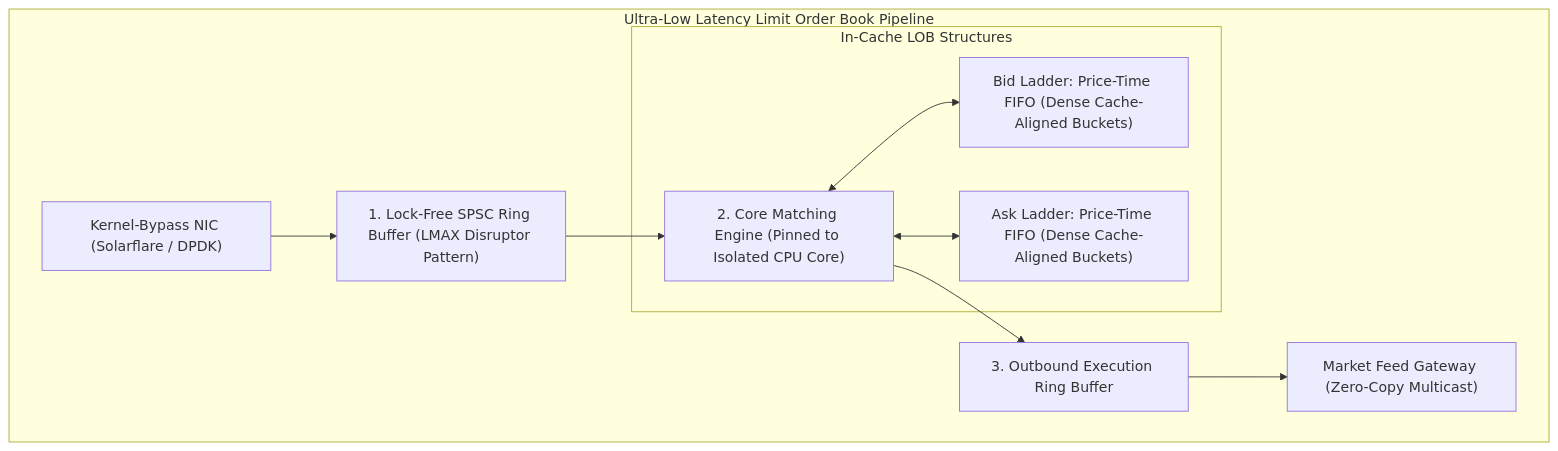
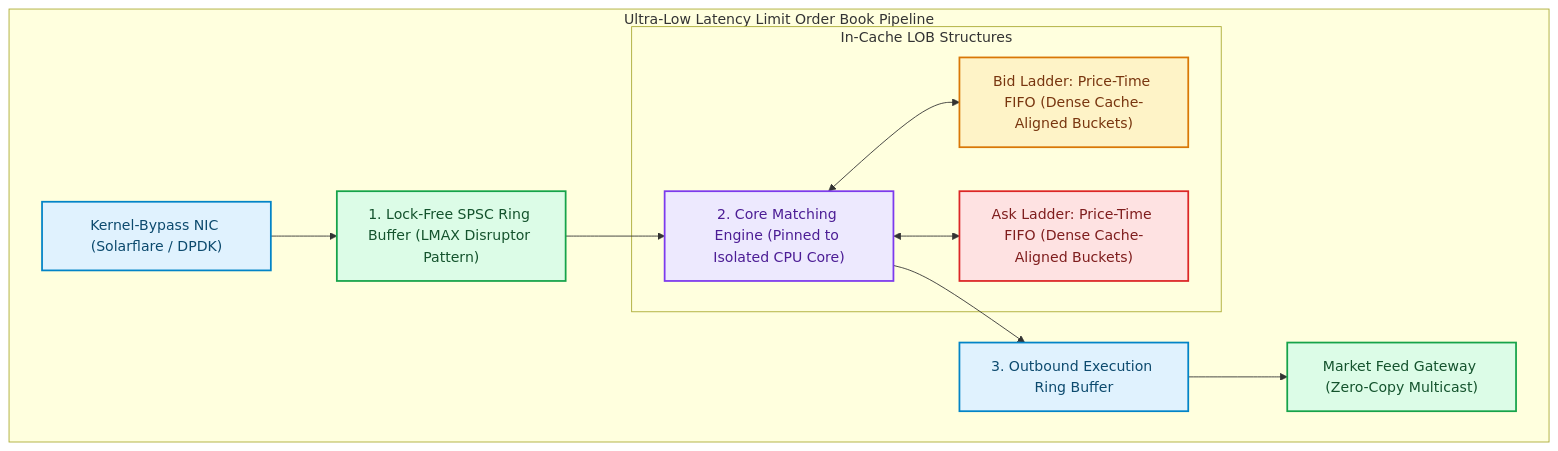
The first of 3 diagrams in blog/posts/ultra-low-latency-limit-order-books-lob-lock-free-ring-buffers-cpu-cache.md (akmalkhaniub/akmalkhaniub.github.io), drawn with Mermaid before and after one commit. The commit also changed other lines of this file and 1291 other files, not shown here.

First line of the commit message:
feat(catalog): unique covers, scholarly references, and diagram palettes

````diff
--- a/blog/posts/ultra-low-latency-limit-order-books-lob-lock-free-ring-buffers-cpu-cache.md
+++ b/blog/posts/ultra-low-latency-limit-order-books-lob-lock-free-ring-buffers-cpu-cache.md
@@ -14,15 +14,26 @@
 ```mermaid
 flowchart TD
   subgraph SG1_UltraLowLatency ["Ultra-Low Latency Limit Order Book Pipeline"]
     NIC["Kernel-Bypass NIC (Solarflare / DPDK)"] --> RingBuffer["1. Lock-Free SPSC Ring Buffer (LMAX Disruptor Pattern)"]
     RingBuffer --> Matcher["2. Core Matching Engine (Pinned to Isolated CPU Core)"]
     
     subgraph SG2_InCacheLob ["In-Cache LOB Structures"]
       Matcher <--> Bids["Bid Ladder: Price-Time FIFO (Dense Cache-Aligned Buckets)"]
       Matcher <--> Asks["Ask Ladder: Price-Time FIFO (Dense Cache-Aligned Buckets)"]
     end
     
     Matcher --> ExecutionRing["3. Outbound Execution Ring Buffer"]
     ExecutionRing --> Gateway["Market Feed Gateway (Zero-Copy Multicast)"]
   end
+
+classDef green fill:#dcfce7,stroke:#16a34a,stroke-width:2px,color:#14532d;
+classDef red fill:#fee2e2,stroke:#dc2626,stroke-width:2px,color:#7f1d1d;
+classDef blue fill:#e0f2fe,stroke:#0284c7,stroke-width:2px,color:#0c4a6e;
+classDef yellow fill:#fef3c7,stroke:#d97706,stroke-width:2px,color:#78350f;
+classDef purple fill:#ede9fe,stroke:#7c3aed,stroke-width:2px,color:#4c1d95;
+class NIC,ExecutionRing blue
+class RingBuffer,Gateway green
+class Matcher purple
+class Bids yellow
+class Asks red
 ```
````
